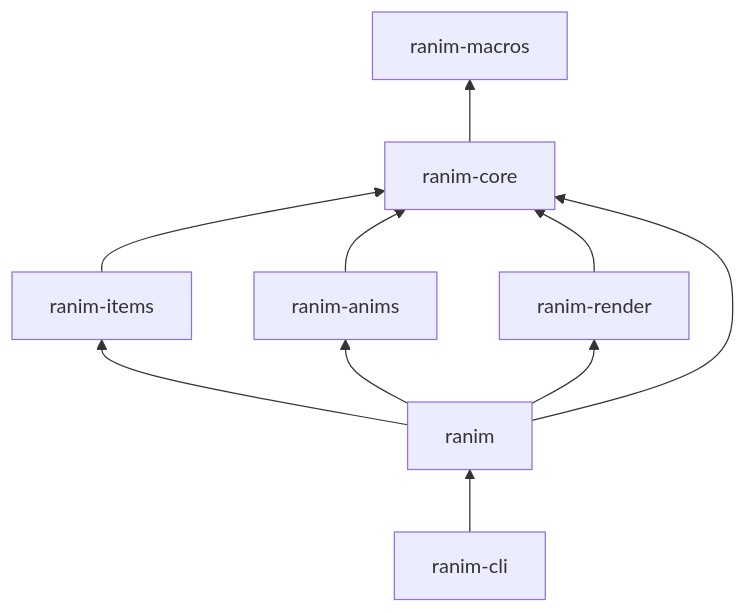
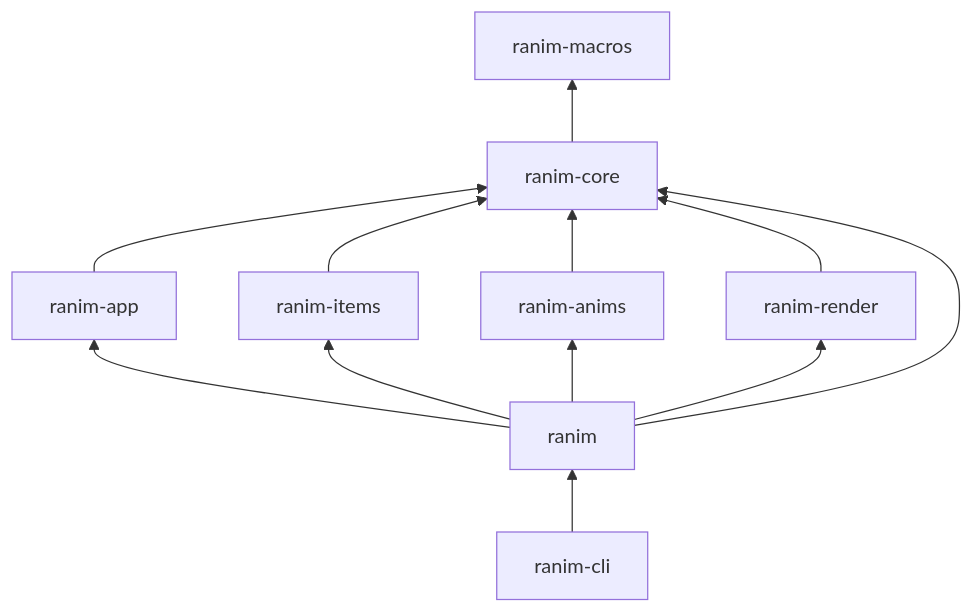
The diagram in book/src/packages.md (AzurIce/ranim), drawn with Mermaid before and after one commit. The commit also changed other lines of this file and 149 other files, not shown here.

````diff
--- a/book/src/packages.md
+++ b/book/src/packages.md
@@ -18,13 +20,15 @@
 ```mermaid
 graph BT
     macros[ranim-macros]
     core[ranim-core] --> macros
+    app[ranim-app] --> core
     items[ranim-items] --> core
     anims[ranim-anims] --> core
     render[ranim-render] --> core
     ranim[ranim] --> core
+    ranim --> app
     ranim --> items
     ranim --> anims
     ranim --> render
     cli[ranim-cli] --> ranim
 ```
````
